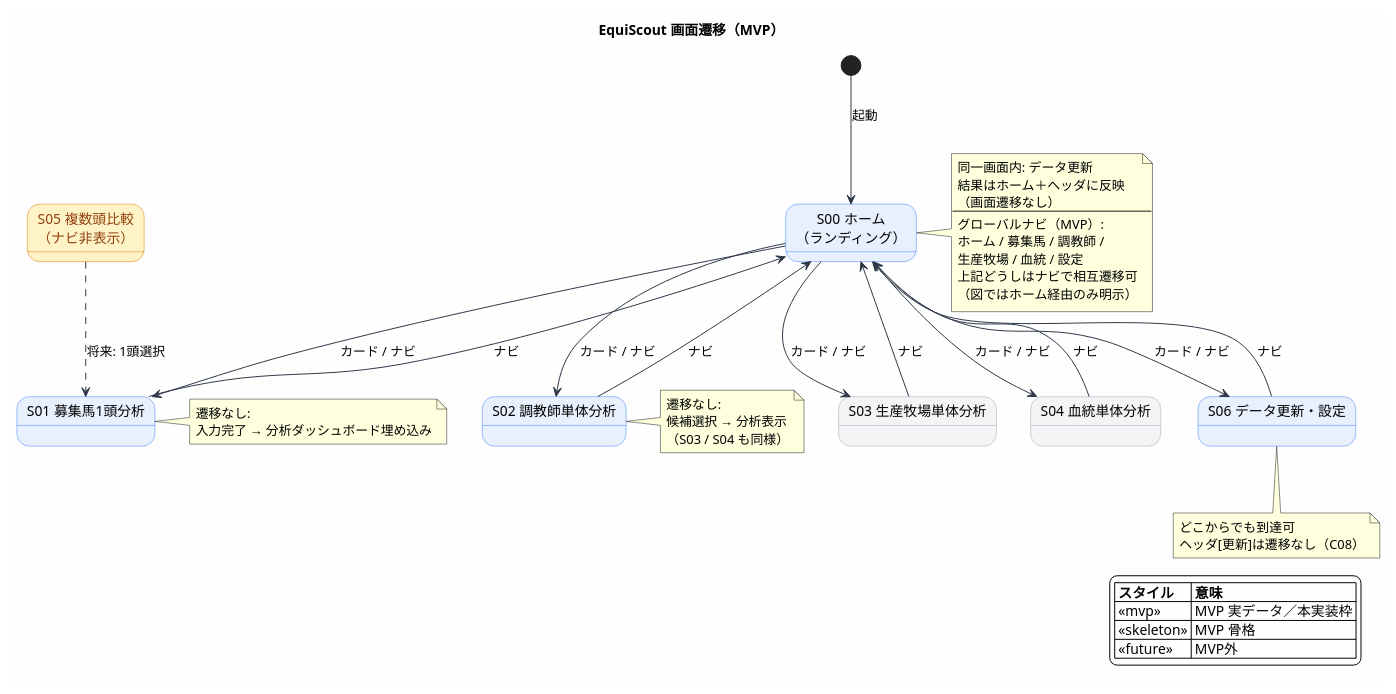
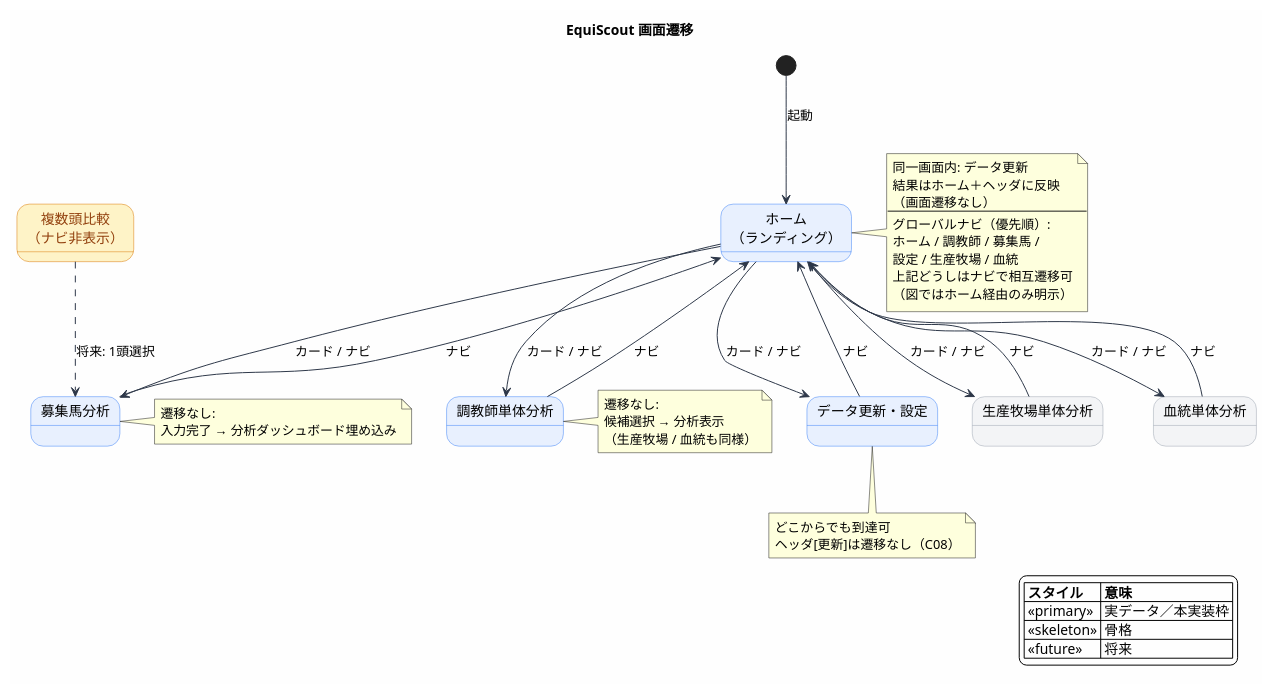
Before and after one commit to betashort/EquiScoutApp: the diagram in doc/02_design/UI/screen_transition.puml, drawn with PlantUML. The commit also changed 35 other files, not shown here.

```diff
--- a/doc/02_design/UI/screen_transition.puml
+++ b/doc/02_design/UI/screen_transition.puml
@@ -1,83 +1,83 @@
 @startuml EquiScout_screen_transition
 skinparam backgroundColor #FEFEFE
 skinparam state {
   BackgroundColor #F5F7FA
   BorderColor #4A5568
   ArrowColor #2D3748
 }
-skinparam state<<mvp>> {
+skinparam state<<primary>> {
   BackgroundColor #E8F0FE
   BorderColor #3B82F6
 }
 skinparam state<<skeleton>> {
   BackgroundColor #F3F4F6
   BorderColor #9CA3AF
 }
 skinparam state<<future>> {
   BackgroundColor #FEF3C7
   BorderColor #D97706
   FontColor #92400E
 }
 
-title EquiScout 画面遷移（MVP）
+title EquiScout 画面遷移
 
-[*] --> S00 : 起動
+[*] --> Home : 起動
 
-state "S00 ホーム\n（ランディング）" as S00 <<mvp>>
-state "S01 募集馬1頭分析" as S01 <<mvp>>
-state "S02 調教師単体分析" as S02 <<mvp>>
-state "S03 生産牧場単体分析" as S03 <<skeleton>>
-state "S04 血統単体分析" as S04 <<skeleton>>
-state "S06 データ更新・設定" as S06 <<mvp>>
-state "S05 複数頭比較\n（ナビ非表示）" as S05 <<future>>
+state "ホーム\n（ランディング）" as Home <<primary>>
+state "調教師単体分析" as Trainer <<primary>>
+state "募集馬分析" as Horse <<primary>>
+state "データ更新・設定" as Settings <<primary>>
+state "生産牧場単体分析" as Farm <<skeleton>>
+state "血統単体分析" as Pedigree <<skeleton>>
+state "複数頭比較\n（ナビ非表示）" as Compare <<future>>
 
-S00 --> S02 : カード / ナビ
-S00 --> S01 : カード / ナビ
-S00 --> S03 : カード / ナビ
-S00 --> S04 : カード / ナビ
-S00 --> S06 : カード / ナビ
+Home --> Trainer : カード / ナビ
+Home --> Horse : カード / ナビ
+Home --> Settings : カード / ナビ
+Home --> Farm : カード / ナビ
+Home --> Pedigree : カード / ナビ
 
-S01 --> S00 : ナビ
-S02 --> S00 : ナビ
-S03 --> S00 : ナビ
-S04 --> S00 : ナビ
-S06 --> S00 : ナビ
+Horse --> Home : ナビ
+Trainer --> Home : ナビ
+Farm --> Home : ナビ
+Pedigree --> Home : ナビ
+Settings --> Home : ナビ
 
-S05 -[dashed]-> S01 : 将来: 1頭選択
+Compare -[dashed]-> Horse : 将来: 1頭選択
 
-note right of S00
+note right of Home
   同一画面内: データ更新
   結果はホーム＋ヘッダに反映
   （画面遷移なし）
   ----
-  グローバルナビ（MVP）:
-  ホーム / 募集馬 / 調教師 /
-  生産牧場 / 血統 / 設定
+  グローバルナビ（優先順）:
+  ホーム / 調教師 / 募集馬 /
+  設定 / 生産牧場 / 血統
   上記どうしはナビで相互遷移可
   （図ではホーム経由のみ明示）
 end note
 
-note right of S01
+note right of Horse
   遷移なし:
   入力完了 → 分析ダッシュボード埋め込み
 end note
 
-note right of S02
+note right of Trainer
   遷移なし:
   候補選択 → 分析表示
-  （S03 / S04 も同様）
+  （生産牧場 / 血統も同様）
 end note
 
-note bottom of S06
+note bottom of Settings
   どこからでも到達可
   ヘッダ[更新]は遷移なし（C08）
 end note
 
 legend right
   |= スタイル |= 意味 |
-  | <<mvp>> | MVP 実データ／本実装枠 |
-  | <<skeleton>> | MVP 骨格 |
-  | <<future>> | MVP外 |
+  | <<primary>> | 実データ／本実装枠 |
+  | <<skeleton>> | 骨格 |
+  | <<future>> | 将来 |
 endlegend
 
 @enduml
```
